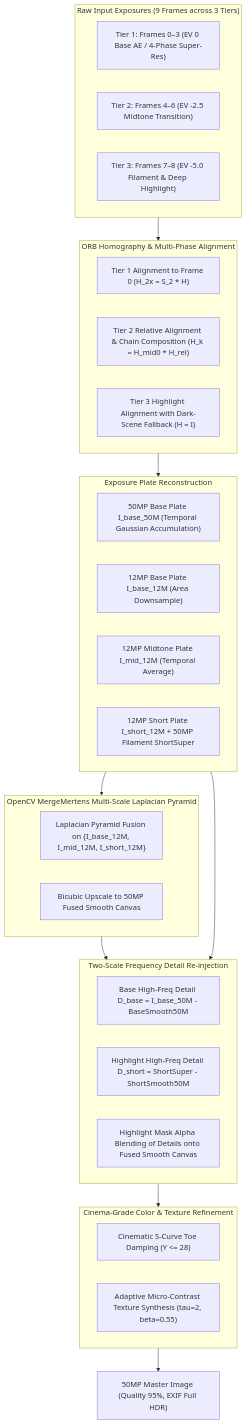
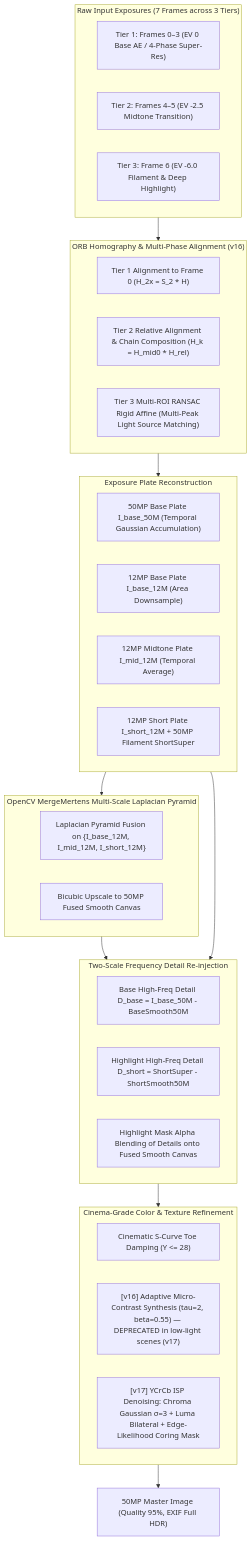
Before and after one commit to eviau512/Hachimi-Scan: the diagram in specs/SPEC_02_COMPUTATIONAL_PHOTOGRAPHY_AND_VULKAN_HDR.md, drawn with Mermaid. The commit also changed other lines of this file and 2 other files, not shown here.

First line of the commit message:
v17: YCrCb structure-aware ISP denoising pipeline (SPEC_02 §5.3)

````diff
--- a/specs/SPEC_02_COMPUTATIONAL_PHOTOGRAPHY_AND_VULKAN_HDR.md
+++ b/specs/SPEC_02_COMPUTATIONAL_PHOTOGRAPHY_AND_VULKAN_HDR.md
@@ -15,45 +16,46 @@
 ```mermaid
 graph TD
-    subgraph Input_Frames ["Raw Input Exposures (9 Frames across 3 Tiers)"]
+    subgraph Input_Frames ["Raw Input Exposures (7 Frames across 3 Tiers)"]
         T1["Tier 1: Frames 0–3 (EV 0 Base AE / 4-Phase Super-Res)"]
-        T2["Tier 2: Frames 4–6 (EV -2.5 Midtone Transition)"]
-        T3["Tier 3: Frames 7–8 (EV -5.0 Filament & Deep Highlight)"]
+        T2["Tier 2: Frames 4–5 (EV -2.5 Midtone Transition)"]
+        T3["Tier 3: Frame 6 (EV -6.0 Filament & Deep Highlight)"]
     end
 
-    subgraph Alignment ["ORB Homography & Multi-Phase Alignment"]
+    subgraph Alignment ["ORB Homography & Multi-Phase Alignment (v16)"]
         Align1["Tier 1 Alignment to Frame 0 (H_2x = S_2 * H)"]
         Align2["Tier 2 Relative Alignment & Chain Composition (H_k = H_mid0 * H_rel)"]
-        Align3["Tier 3 Highlight Alignment with Dark-Scene Fallback (H = I)"]
+        Align3["Tier 3 Multi-ROI RANSAC Rigid Affine (Multi-Peak Light Source Matching)"]
     end
 
     subgraph Reconstruction ["Exposure Plate Reconstruction"]
         PlateBase50["50MP Base Plate I_base_50M (Temporal Gaussian Accumulation)"]
         PlateBase12["12MP Base Plate I_base_12M (Area Downsample)"]
         PlateMid12["12MP Midtone Plate I_mid_12M (Temporal Average)"]
         PlateShort12["12MP Short Plate I_short_12M + 50MP Filament ShortSuper"]
     end
 
     subgraph MertensFusion ["OpenCV MergeMertens Multi-Scale Laplacian Pyramid"]
         Mertens["Laplacian Pyramid Fusion on {I_base_12M, I_mid_12M, I_short_12M}"]
         Upscale["Bicubic Upscale to 50MP Fused Smooth Canvas"]
     end
 
     subgraph FrequencySplit ["Two-Scale Frequency Detail Re-injection"]
         DetBase["Base High-Freq Detail D_base = I_base_50M - BaseSmooth50M"]
         DetShort["Highlight High-Freq Detail D_short = ShortSuper - ShortSmooth50M"]
         Blend["Highlight Mask Alpha Blending of Details onto Fused Smooth Canvas"]
     end
 
     subgraph PostProcessing ["Cinema-Grade Color & Texture Refinement"]
         Toe["Cinematic S-Curve Toe Damping (Y <= 28)"]
-        Texture["Adaptive Micro-Contrast Texture Synthesis (tau=2, beta=0.55)"]
+        Texture["[v16] Adaptive Micro-Contrast Synthesis (tau=2, beta=0.55) — DEPRECATED in low-light scenes (v17)"]
+        ISP["[v17] YCrCb ISP Denoising: Chroma Gaussian σ=3 + Luma Bilateral + Edge-Likelihood Coring Mask"]
     end
 
     Input_Frames --> Alignment
     Alignment --> Reconstruction
     Reconstruction --> MertensFusion
     MertensFusion --> FrequencySplit
     Reconstruction --> FrequencySplit
     FrequencySplit --> PostProcessing
     PostProcessing --> Output["50MP Master Image (Quality 95%, EXIF Full HDR)"]
 ```
````
